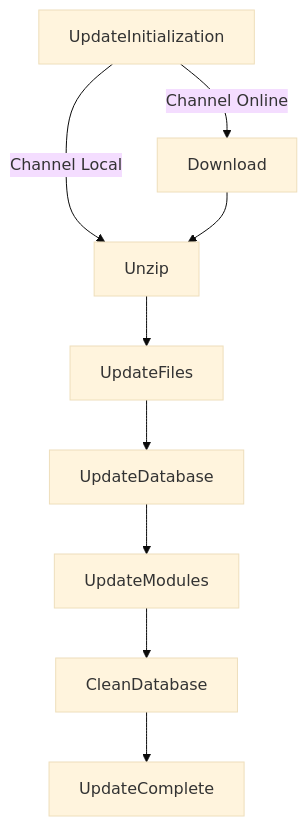
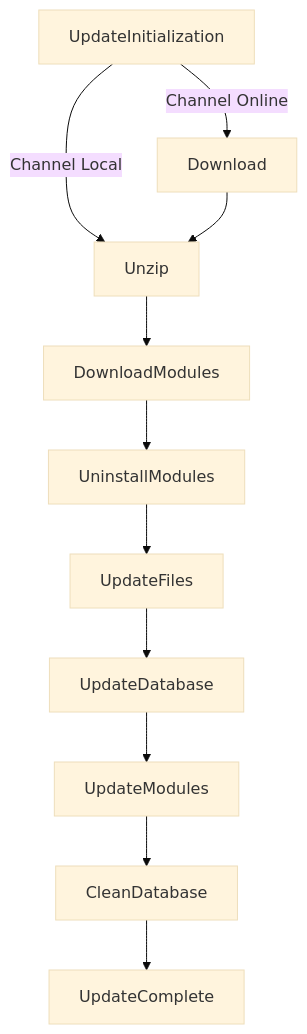
Before and after one commit to PrestaShop/autoupgrade: the first of 3 diagrams in README.md, drawn with Mermaid (base theme). The commit also changed other lines of this file, not shown here.

````diff
--- a/README.md
+++ b/README.md
@@ -261,11 +259,13 @@
 ```mermaid
 graph
     UpdateInitialization -->|Channel Online| Download
     UpdateInitialization -->|Channel Local| Unzip
     Download --> Unzip
-    Unzip --> UpdateFiles
+    Unzip --> DownloadModules
+    DownloadModules --> UninstallModules
+    UninstallModules --> UpdateFiles
     UpdateFiles --> UpdateDatabase
     UpdateDatabase --> UpdateModules
     UpdateModules --> CleanDatabase
     CleanDatabase --> UpdateComplete
 ```
````
